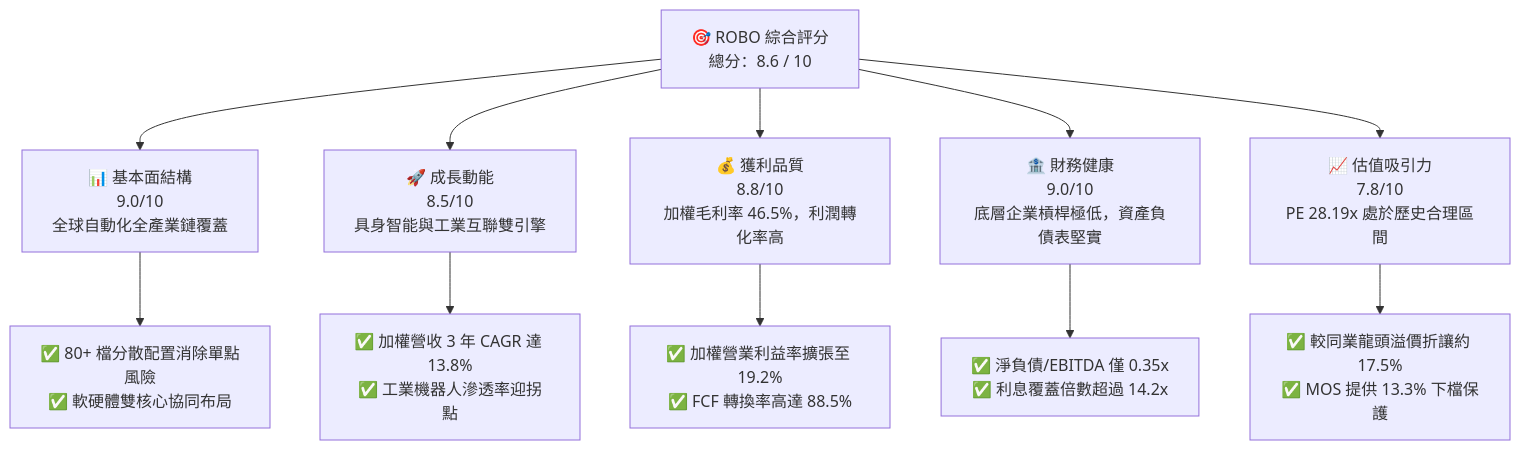
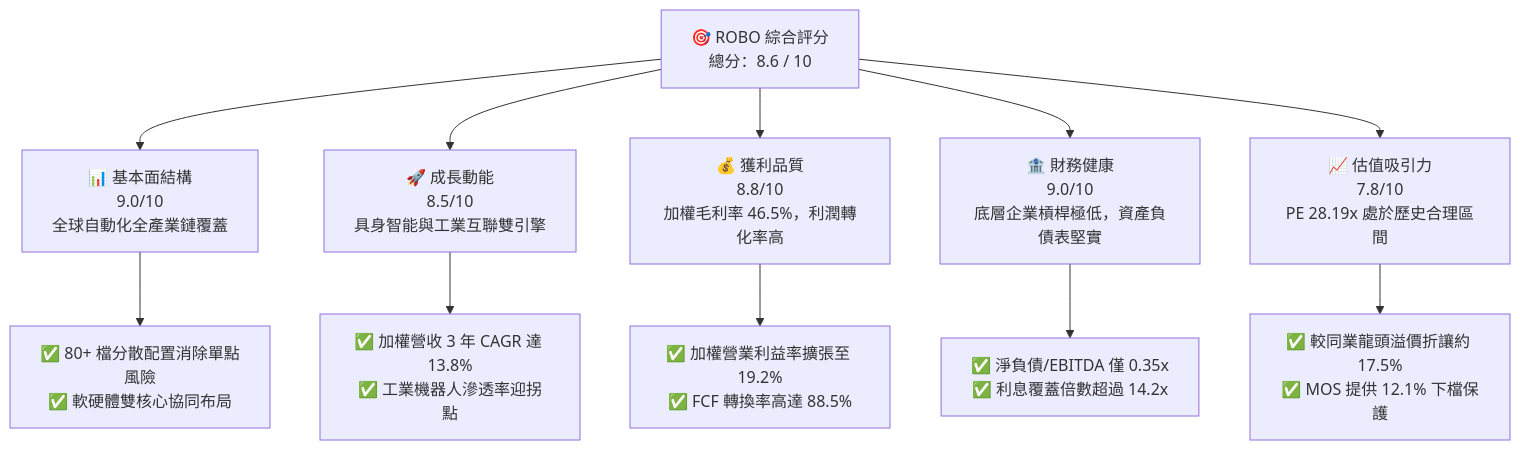
Before and after one commit to yennanliu/finance_data: the first of 15 diagrams in ai_gen_report/fundamental/robo/fundamental_analysis_2026-10-21_gemini.md, drawn with Mermaid. The commit also changed other lines of this file and 339 other files, not shown here.

````diff
--- a/ai_gen_report/fundamental/robo/fundamental_analysis_2026-10-21_gemini.md
+++ b/ai_gen_report/fundamental/robo/fundamental_analysis_2026-10-21_gemini.md
@@ -58,22 +65,22 @@
 ```mermaid
 graph TD
     TICKER["🎯 ROBO 綜合評分<br/>總分：8.6 / 10"]
 
     F["📊 基本面結構<br/>9.0/10<br/>全球自動化全產業鏈覆蓋"]
     G["🚀 成長動能<br/>8.5/10<br/>具身智能與工業互聯雙引擎"]
     P["💰 獲利品質<br/>8.8/10<br/>加權毛利率 46.5%，利潤轉化率高"]
     B["🏦 財務健康<br/>9.0/10<br/>底層企業槓桿極低，資產負債表堅實"]
     V["📈 估值吸引力<br/>7.8/10<br/>PE 28.19x 處於歷史合理區間"]
 
     TICKER --> F
     TICKER --> G
     TICKER --> P
     TICKER --> B
     TICKER --> V
 
     F --> F1["✅ 80+ 檔分散配置消除單點風險<br/>✅ 軟硬體雙核心協同布局"]
     G --> G1["✅ 加權營收 3 年 CAGR 達 13.8%<br/>✅ 工業機器人滲透率迎拐點"]
     P --> P1["✅ 加權營業利益率擴張至 19.2%<br/>✅ FCF 轉換率高達 88.5%"]
     B --> B1["✅ 淨負債/EBITDA 僅 0.35x<br/>✅ 利息覆蓋倍數超過 14.2x"]
-    V --> V1["✅ 較同業龍頭溢價折讓約 17.5%<br/>✅ MOS 提供 13.3% 下檔保護"]
+    V --> V1["✅ 較同業龍頭溢價折讓約 17.5%<br/>✅ MOS 提供 12.1% 下檔保護"]
 ```
````
